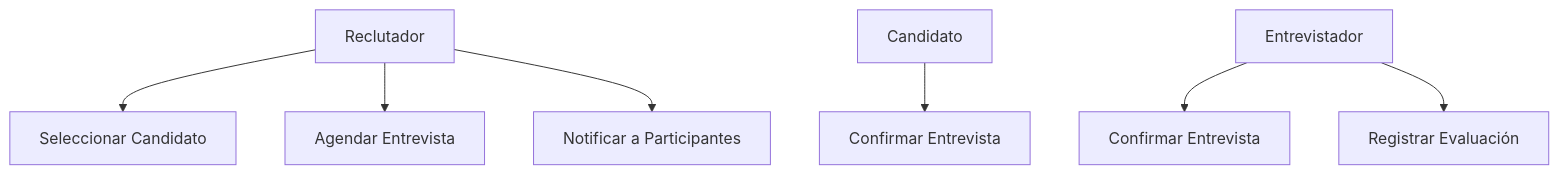
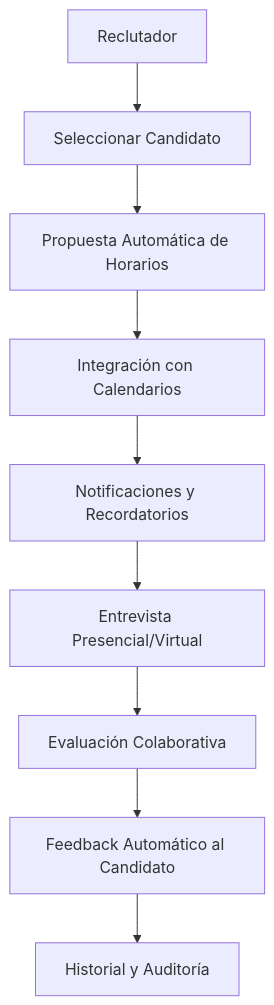
One commit to LIDR-academy/AI4Devs-design-1-RO-1 changed the third of 8 diagrams in LTI-JFG.md. Above: the diagram before and after it, drawn with Mermaid. The commit also changed other lines of this file, not shown here.

````diff
--- a/LTI-JFG.md
+++ b/LTI-JFG.md
@@ -182,9 +218,11 @@
 ```mermaid
 graph TD;
     A[Reclutador] --> B[Seleccionar Candidato]
-    A --> C[Agendar Entrevista]
-    A --> D[Notificar a Participantes]
-    E[Candidato] --> F[Confirmar Entrevista]
-    G[Entrevistador] --> H[Confirmar Entrevista]
-    G --> I[Registrar Evaluación]
+    B --> C[Propuesta Automática de Horarios]
+    C --> D[Integración con Calendarios]
+    D --> E[Notificaciones y Recordatorios]
+    E --> F[Entrevista Presencial/Virtual]
+    F --> G[Evaluación Colaborativa]
+    G --> H[Feedback Automático al Candidato]
+    H --> I[Historial y Auditoría]
 ```
````
